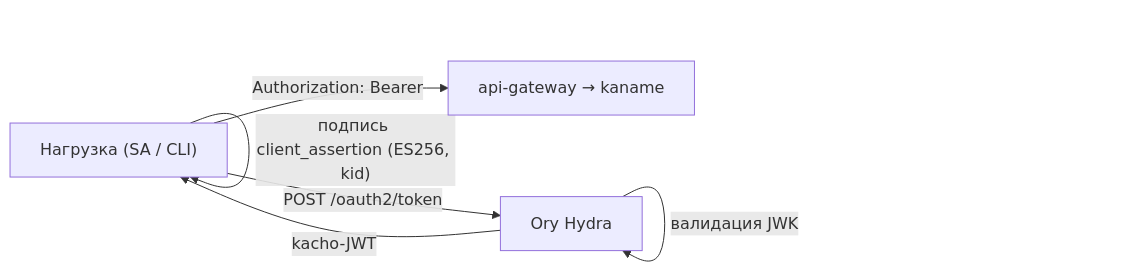
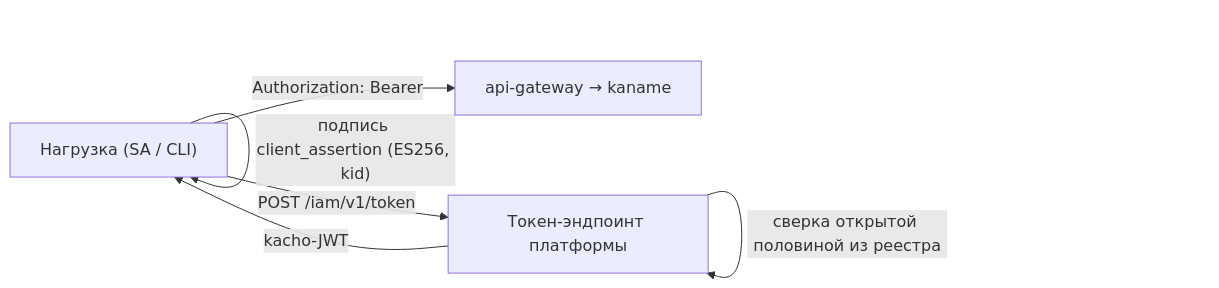
Before and after one commit to PRO-Robotech/kacho: the second of 2 diagrams in services/iam/docs/content/architecture/identity.mdx, drawn with Mermaid. The commit also changed other lines of this file and 47 other files, not shown here.

````diff
--- a/services/iam/docs/content/architecture/identity.mdx
+++ b/services/iam/docs/content/architecture/identity.mdx
@@ -99,8 +114,8 @@
 ```mermaid
 flowchart LR
   wl["Нагрузка (SA / CLI)"] -->|"подпись client_assertion (ES256, kid)"| wl
-  wl -->|"POST /oauth2/token"| hydra["Ory Hydra"]
-  hydra -->|"валидация JWK"| hydra
-  hydra -->|"kacho-JWT"| wl
+  wl -->|"POST /iam/v1/token"| iam["Токен-эндпоинт платформы"]
+  iam -->|"сверка открытой половиной из реестра"| iam
+  iam -->|"kacho-JWT"| wl
   wl -->|"Authorization: Bearer"| agw["api-gateway → kaname"]
 ```
````
